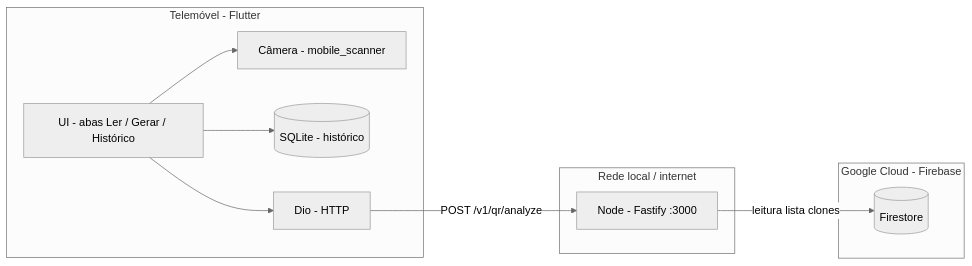
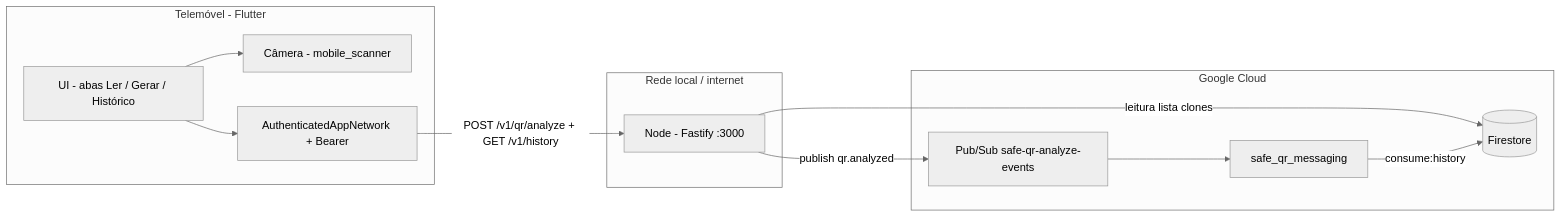
One commit to AndreWar10/SafeQR changed the first of 2 diagrams in docs/SPRINT-2-STATUS-E-PROXIMA-ENTREGA.md. Above: the diagram before and after it, drawn with Mermaid (neutral theme). The commit also changed other lines of this file and 25 other files, not shown here.

Commit message:
feat: enhance Safe QR app with Bearer JWT authentication for remote API calls and update documentation for local and remote history management

````diff
--- a/docs/SPRINT-2-STATUS-E-PROXIMA-ENTREGA.md
+++ b/docs/SPRINT-2-STATUS-E-PROXIMA-ENTREGA.md
@@ -71,20 +72,23 @@
 ```mermaid
 flowchart LR
   subgraph device[Telemóvel - Flutter]
     UI[UI - abas Ler / Gerar / Histórico]
     CAM[Câmera - mobile_scanner]
-    SQLITE[(SQLite - histórico)]
-    DIO[Dio - HTTP]
+    NET[AuthenticatedAppNetwork + Bearer]
     UI --> CAM
-    UI --> DIO
-    UI --> SQLITE
+    UI --> NET
   end
   subgraph lan[Rede local / internet]
     API[Node - Fastify :3000]
   end
-  subgraph gcp[Google Cloud - Firebase]
+  subgraph gcp[Google Cloud]
     FS[(Firestore)]
+    PS[Pub/Sub safe-qr-analyze-events]
+    MSG[safe_qr_messaging]
   end
-  DIO -->|POST /v1/qr/analyze| API
+  NET -->|POST /v1/qr/analyze + GET /v1/history| API
   API -->|leitura lista clones| FS
+  API -->|publish qr.analyzed| PS
+  PS --> MSG
+  MSG -->|consume:history| FS
 ```
````
